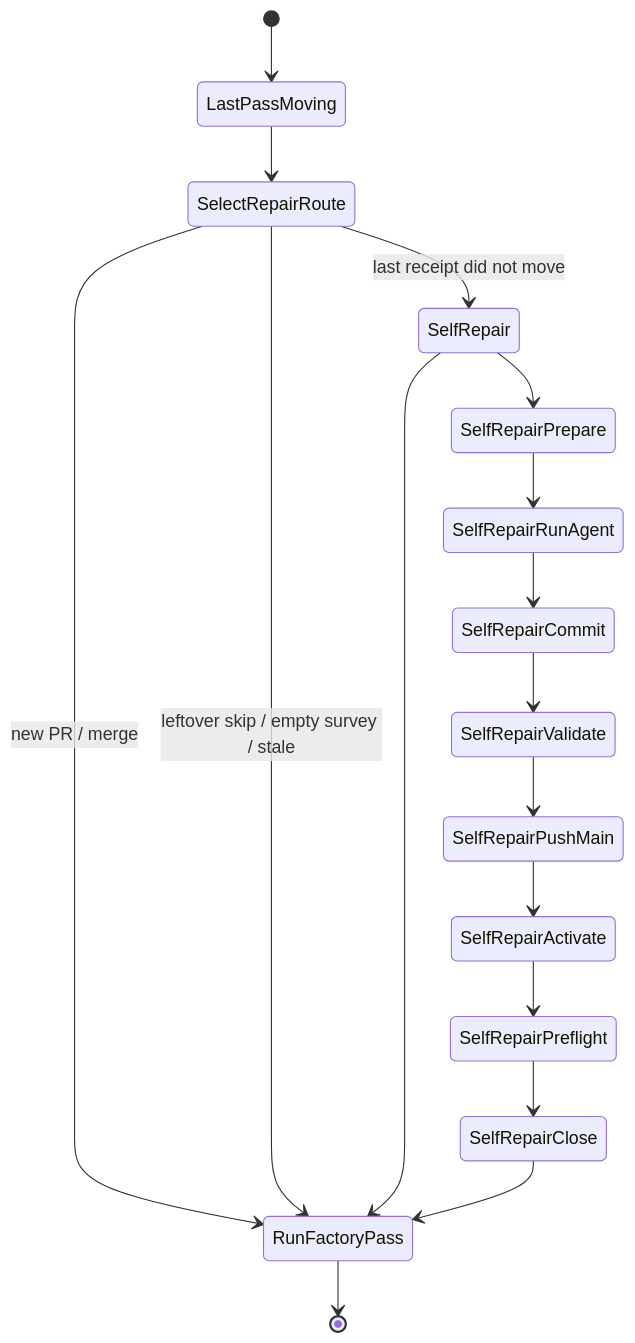
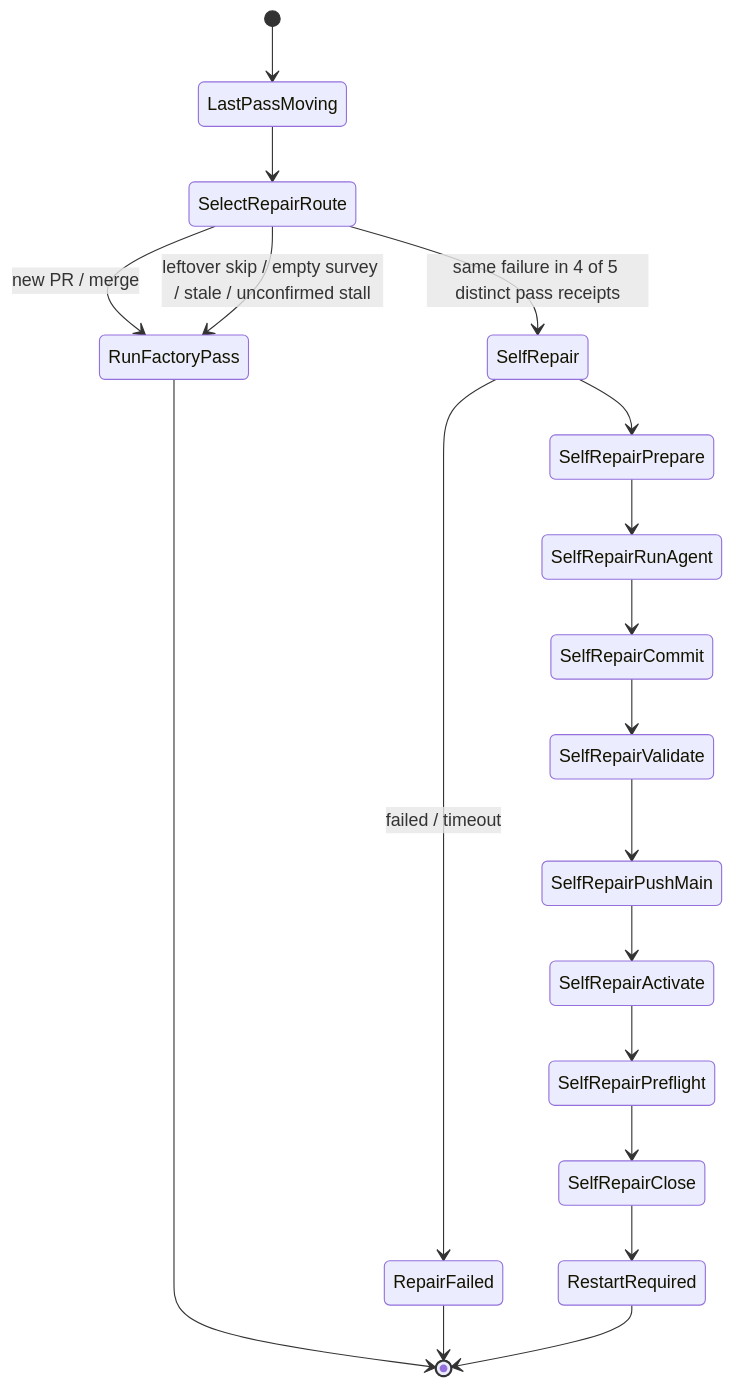
One commit to mikolaj92/lokay changed diagram 53 of 53 in README.md. Above: the diagram before and after it, drawn with Mermaid. The commit also changed other lines of this file and 63 other files, not shown here.

Commit message:
fix: restore delivery flow and bounded recovery across Fala graphs

````diff
--- a/README.md
+++ b/README.md
@@ -1544,19 +1567,21 @@
 ```mermaid
 stateDiagram-v2
     [*] --> LastPassMoving
     LastPassMoving --> SelectRepairRoute
     SelectRepairRoute --> RunFactoryPass: new PR / merge
-    SelectRepairRoute --> RunFactoryPass: leftover skip / empty survey / stale
-    SelectRepairRoute --> SelfRepair: last receipt did not move
-    SelfRepair --> RunFactoryPass
+    SelectRepairRoute --> RunFactoryPass: leftover skip / empty survey / stale / unconfirmed stall
+    SelectRepairRoute --> SelfRepair: same failure in 4 of 5 distinct pass receipts
+    SelfRepair --> RepairFailed: failed / timeout
+    RepairFailed --> [*]
     RunFactoryPass --> [*]
     SelfRepair --> SelfRepairPrepare
     SelfRepairPrepare --> SelfRepairRunAgent
     SelfRepairRunAgent --> SelfRepairCommit
     SelfRepairCommit --> SelfRepairValidate
     SelfRepairValidate --> SelfRepairPushMain
     SelfRepairPushMain --> SelfRepairActivate
     SelfRepairActivate --> SelfRepairPreflight
     SelfRepairPreflight --> SelfRepairClose
-    SelfRepairClose --> RunFactoryPass
+    SelfRepairClose --> RestartRequired
+    RestartRequired --> [*]
 ```
````
